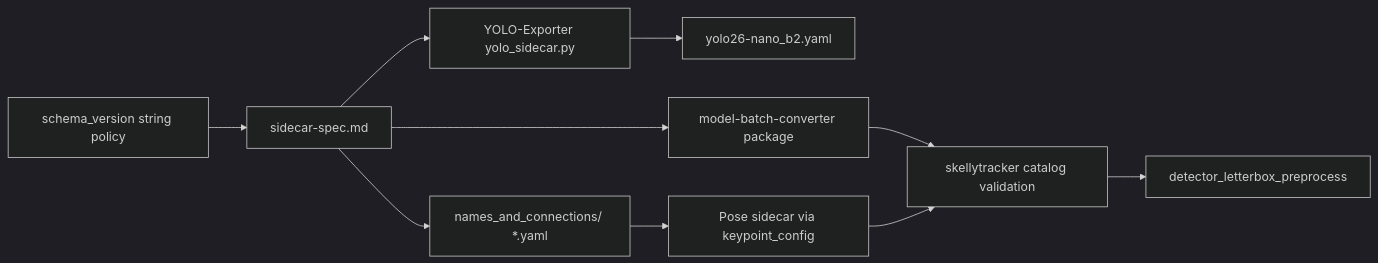
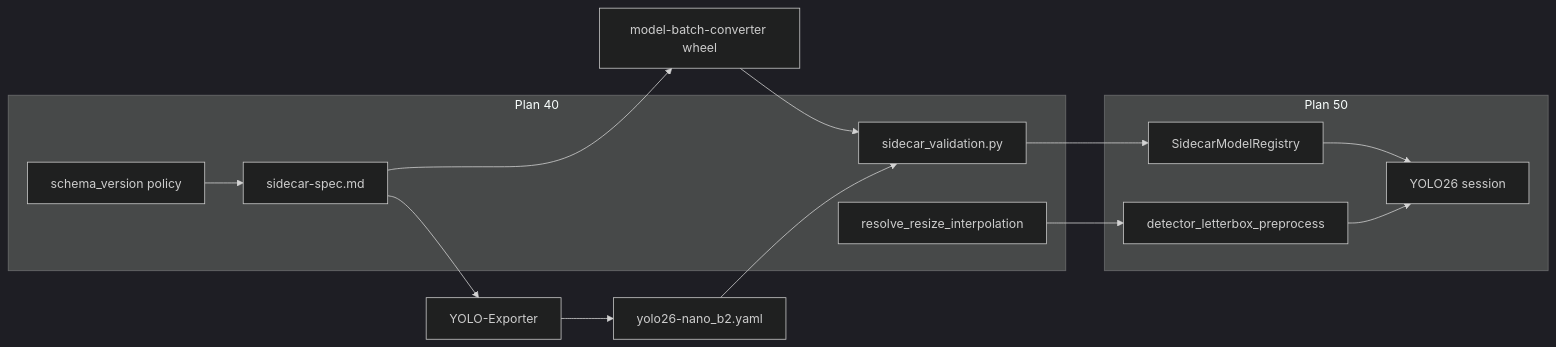
The second of 2 diagrams in plans/40_sidecar_spec_updates.plan.md (domisjustanumber/skellytracker), drawn with Mermaid (dark theme) before and after one commit. The commit also changed other lines of this file and 12 other files, not shown here.

First line of the commit message:
Implement exact-batch session sizing (plan 30).

````diff
--- a/plans/40_sidecar_spec_updates.plan.md
+++ b/plans/40_sidecar_spec_updates.plan.md
@@ -350,12 +440,26 @@
 ```mermaid
 flowchart LR
-  versionPolicy[schema_version string policy] --> specUpdate[sidecar-spec.md]
-  specUpdate --> exporter[YOLO-Exporter yolo_sidecar.py]
+  subgraph plan40 [Plan 40]
+    versionPolicy[schema_version policy]
+    specUpdate[sidecar-spec.md]
+    valLib[sidecar_validation.py]
+    interp[resolve_resize_interpolation]
+  end
+
+  subgraph plan50 [Plan 50]
+    registry[SidecarModelRegistry]
+    detPre[detector_letterbox_preprocess]
+    yolo26[YOLO26 session]
+  end
+
+  versionPolicy --> specUpdate
+  specUpdate --> mbcWheel[model-batch-converter wheel]
+  specUpdate --> exporter[YOLO-Exporter]
   exporter --> artifact[yolo26-nano_b2.yaml]
-  specUpdate --> mbcWheel[model-batch-converter package]
-  mbcWheel --> catalogVal[skellytracker catalog validation]
-  catalogVal --> preprocess[detector_letterbox_preprocess]
-  specUpdate --> namesCon[names_and_connections/ *.yaml]
-  namesCon --> poseSidecar[Pose sidecar via keypoint_config]
-  poseSidecar --> catalogVal
+  mbcWheel --> valLib
+  artifact --> valLib
+  valLib --> registry
+  interp --> detPre
+  registry --> yolo26
+  detPre --> yolo26
 ```
````
